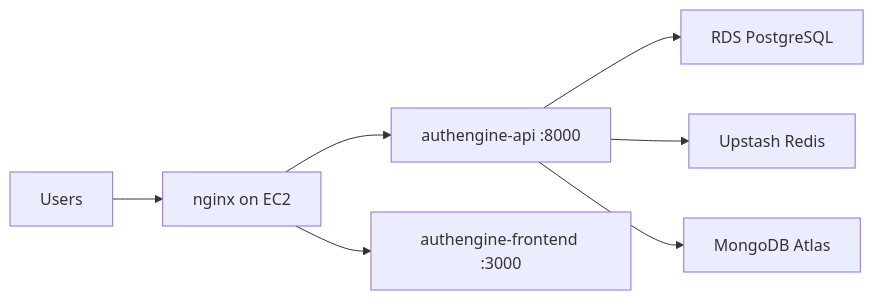
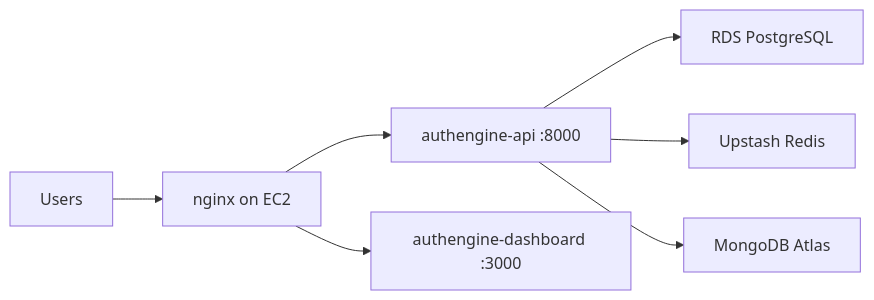
One commit to auth-engine/auth-engine-infra changed the diagram in docs/deployment.md. Above: the diagram before and after it, drawn with Mermaid. The commit also changed other lines of this file and 10 other files, not shown here.

Commit message:
Update repository references and rename frontend to dashboard in documentation and configuration files.

````diff
--- a/docs/deployment.md
+++ b/docs/deployment.md
@@ -42,17 +42,17 @@
 ```mermaid
 flowchart LR
     users["Users"]
     nginx["nginx on EC2"]
     api["authengine-api :8000"]
-    fe["authengine-frontend :3000"]
+    fe["authengine-dashboard :3000"]
     rds["RDS PostgreSQL"]
     redis["Upstash Redis"]
     atlas["MongoDB Atlas"]
 
     users --> nginx
     nginx --> api
     nginx --> fe
     api --> rds
     api --> redis
     api --> atlas
 ```
````
